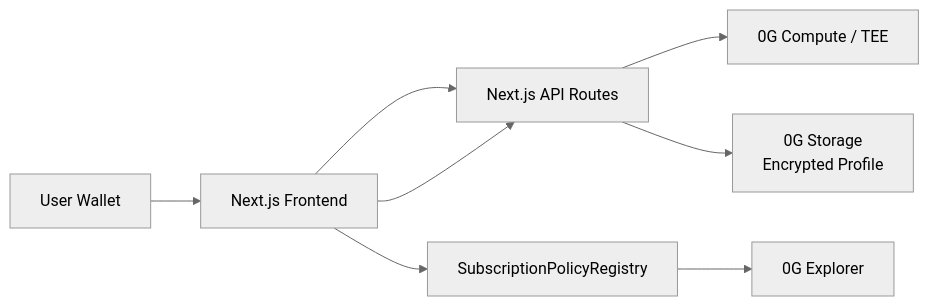
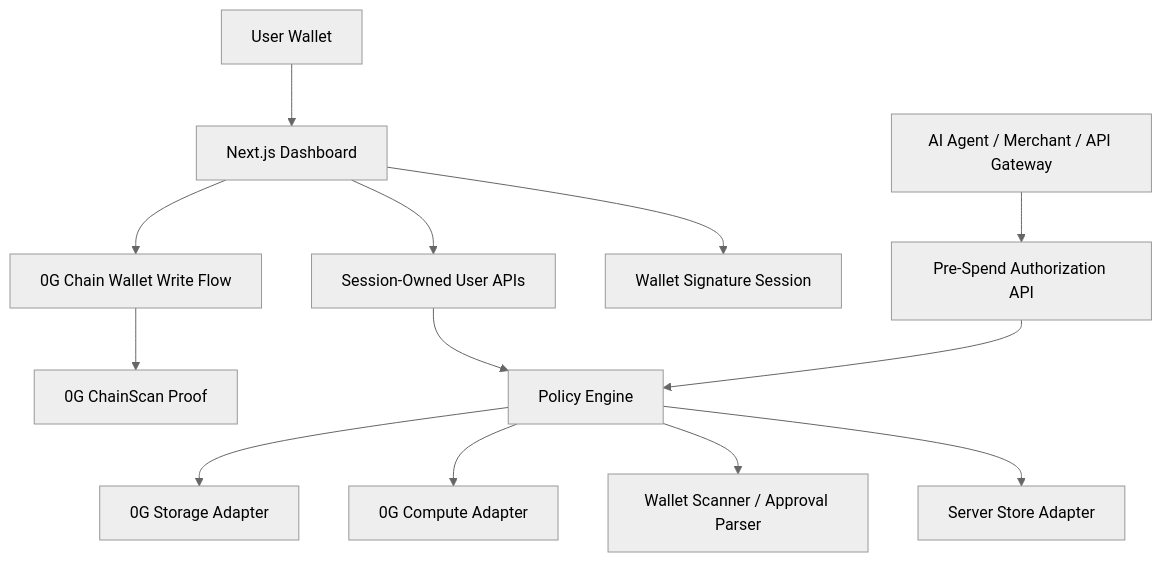
Before and after one commit to bjvgukv25842-cmyk/SubGuardian: the diagram in README.md, drawn with Mermaid (neutral theme). The commit also changed other lines of this file and 75 other files, not shown here.

````diff
--- a/README.md
+++ b/README.md
@@ -129,10 +84,15 @@
 ```mermaid
-flowchart LR
-  U["User Wallet"] --> F["Next.js Frontend"]
-  F --> API["Next.js API Routes"]
-  API --> C["0G Compute / TEE"]
-  F --> API
-  API --> S["0G Storage<br/>Encrypted Profile"]
-  F --> R["SubscriptionPolicyRegistry"]
-  R --> E["0G Explorer"]
+flowchart TB
+  USER["User Wallet"] --> UI["Next.js Dashboard"]
+  UI --> AUTH["Wallet Signature Session"]
+  UI --> USERAPI["Session-Owned User APIs"]
+  AGENT["AI Agent / Merchant / API Gateway"] --> AUTHZ["Pre-Spend Authorization API"]
+  AUTHZ --> POLICY["Policy Engine"]
+  USERAPI --> POLICY
+  POLICY --> STORE["Server Store Adapter"]
+  POLICY --> SCAN["Wallet Scanner / Approval Parser"]
+  POLICY --> COMPUTE["0G Compute Adapter"]
+  POLICY --> STORAGE["0G Storage Adapter"]
+  UI --> CHAIN["0G Chain Wallet Write Flow"]
+  CHAIN --> EXPLORER["0G ChainScan Proof"]
 ```
````
